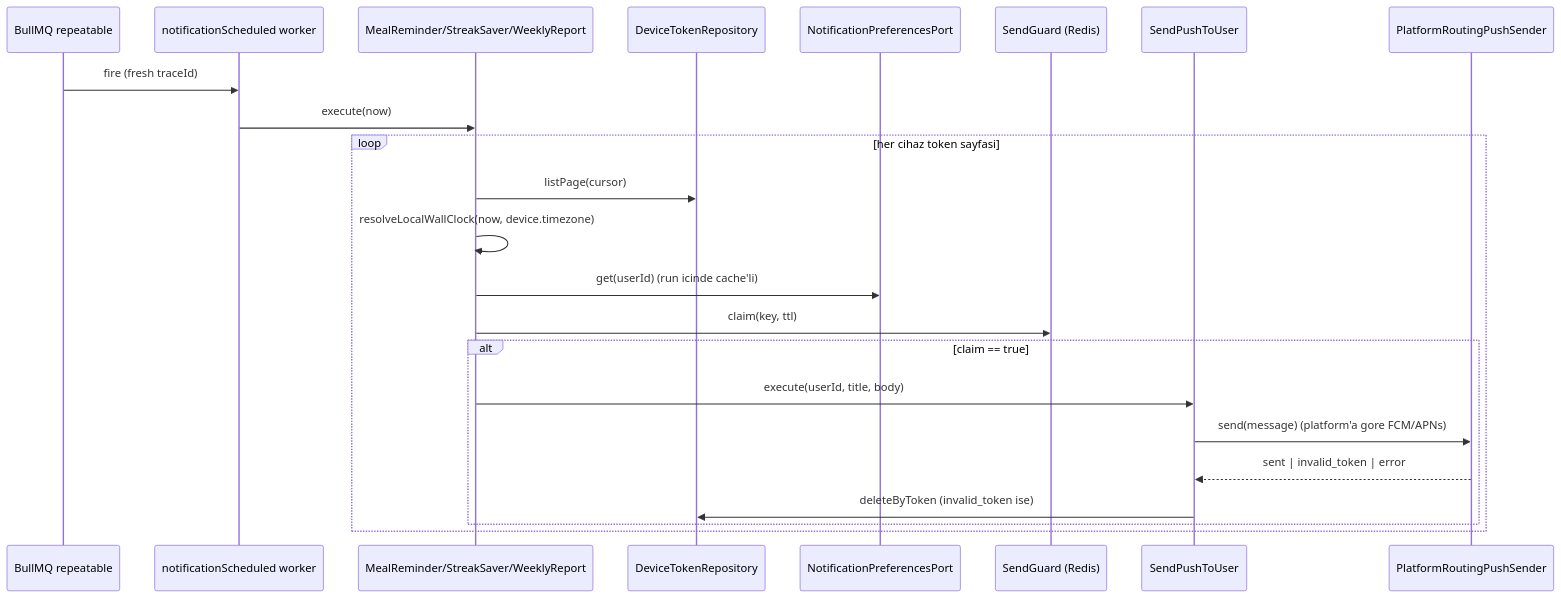
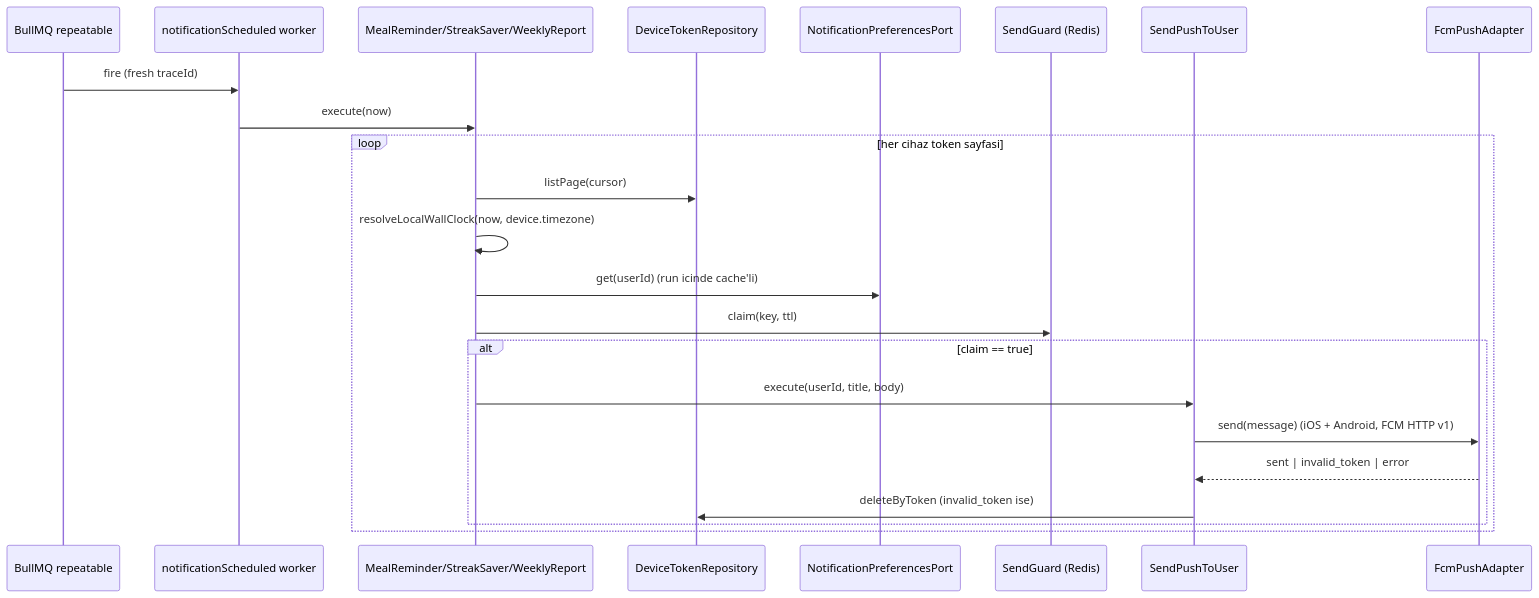
One commit to yusufhoglu/betterEatBetter-server changed the second of 2 diagrams in src/modules/notifications/notifications-doc.md. Above: the diagram before and after it, drawn with Mermaid. The commit also changed other lines of this file and 7 other files, not shown here.

Commit message:
feat(notifications): refactor FcmPushAdapter to use GoogleAuth and streamline notification sending

````diff
--- a/src/modules/notifications/notifications-doc.md
+++ b/src/modules/notifications/notifications-doc.md
@@ -111,26 +112,26 @@
 ```mermaid
 sequenceDiagram
     participant Cron as BullMQ repeatable
     participant Worker as notificationScheduled worker
     participant Job as MealReminder/StreakSaver/WeeklyReport
     participant Repo as DeviceTokenRepository
     participant Pref as NotificationPreferencesPort
     participant Guard as SendGuard (Redis)
     participant Send as SendPushToUser
-    participant Push as PlatformRoutingPushSender
+    participant Push as FcmPushAdapter
 
     Cron->>Worker: fire (fresh traceId)
     Worker->>Job: execute(now)
     loop her cihaz token sayfasi
         Job->>Repo: listPage(cursor)
         Job->>Job: resolveLocalWallClock(now, device.timezone)
         Job->>Pref: get(userId)  (run icinde cache'li)
         Job->>Guard: claim(key, ttl)
         alt claim == true
             Job->>Send: execute(userId, title, body)
-            Send->>Push: send(message)  (platform'a gore FCM/APNs)
+            Send->>Push: send(message)  (iOS + Android, FCM HTTP v1)
             Push-->>Send: sent | invalid_token | error
             Send->>Repo: deleteByToken (invalid_token ise)
         end
     end
 ```
````
